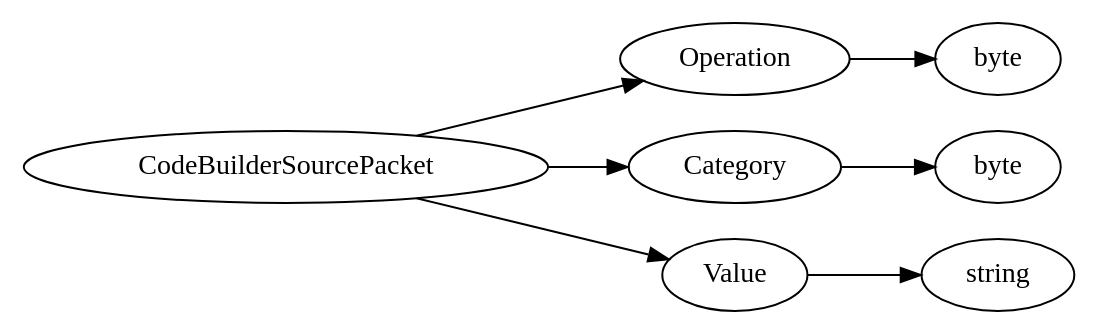
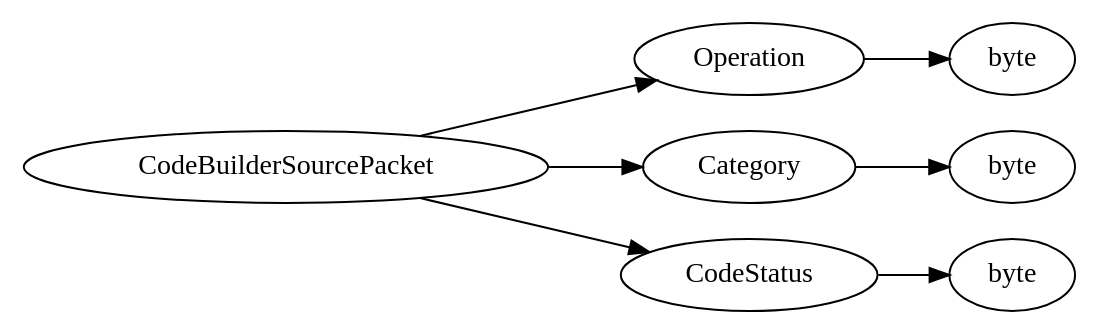
The diagram in assets/protocols/dot/CodeBuilderSourcePacket.dot (MiemieMethod/bedrock-docs-generator), drawn with Graphviz before and after one commit. The commit also changed 712 other files, not shown here.

```diff
--- a/assets/protocols/dot/CodeBuilderSourcePacket.dot
+++ b/assets/protocols/dot/CodeBuilderSourcePacket.dot
@@ -1,20 +1,20 @@
 digraph "CodeBuilderSourcePacket" {
 rankdir = LR
 0
 0 -> 1
 1 -> 2
 0 -> 3
 3 -> 4
 0 -> 5
 5 -> 6
 
 0 [label="CodeBuilderSourcePacket",comment="name: \"CodeBuilderSourcePacket\", typeName: \"\", id: 0, branchId: 178, recurseId: -1, attributes: 0, notes: \"\""];
 1 [label="Operation",comment="name: \"Operation\", typeName: \"\", id: 1, branchId: 0, recurseId: -1, attributes: 0, notes: \"\""];
 2 [label="byte",comment="name: \"byte\", typeName: \"\", id: 2, branchId: 0, recurseId: -1, attributes: 512, notes: \"\""];
 3 [label="Category",comment="name: \"Category\", typeName: \"\", id: 3, branchId: 0, recurseId: -1, attributes: 0, notes: \"\""];
 4 [label="byte",comment="name: \"byte\", typeName: \"\", id: 4, branchId: 0, recurseId: -1, attributes: 512, notes: \"\""];
-5 [label="Value",comment="name: \"Value\", typeName: \"\", id: 5, branchId: 0, recurseId: -1, attributes: 0, notes: \"\""];
-6 [label="string",comment="name: \"string\", typeName: \"\", id: 6, branchId: 0, recurseId: -1, attributes: 512, notes: \"\""];
+5 [label="CodeStatus",comment="name: \"CodeStatus\", typeName: \"\", id: 5, branchId: 0, recurseId: -1, attributes: 0, notes: \"\""];
+6 [label="byte",comment="name: \"byte\", typeName: \"\", id: 6, branchId: 0, recurseId: -1, attributes: 512, notes: \"\""];
 { rank = max;2;4;6}
 
 }
```
